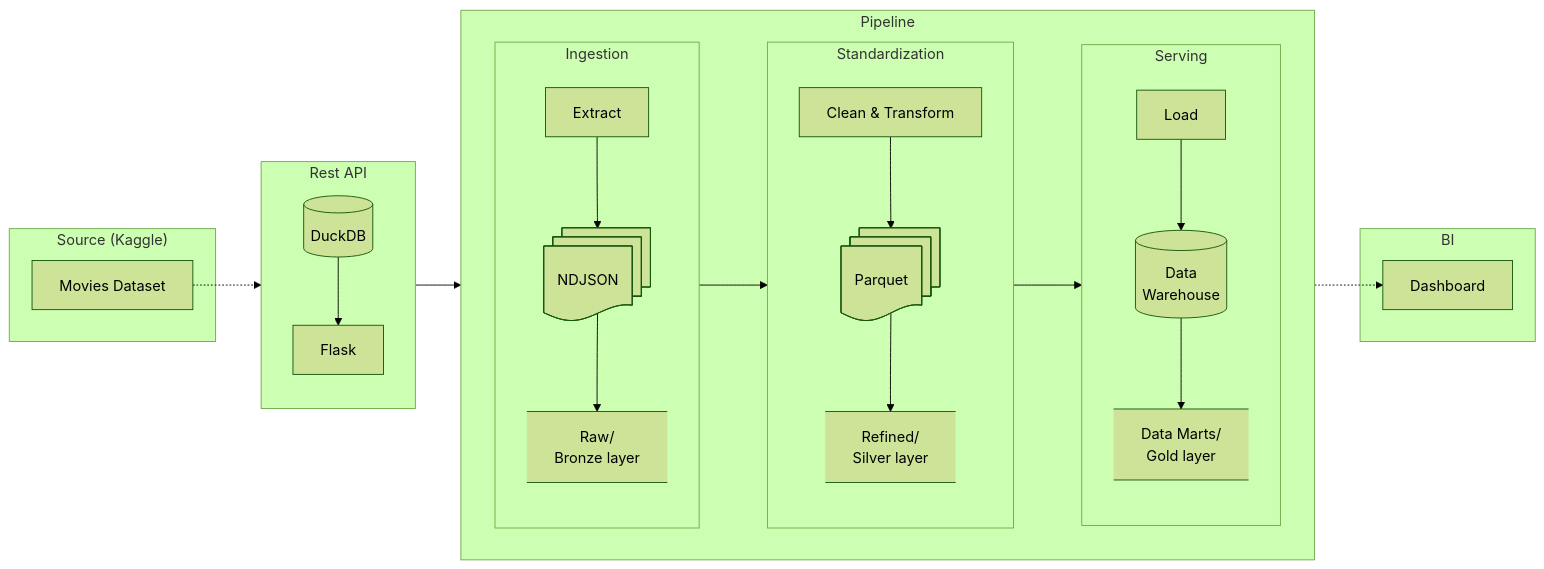
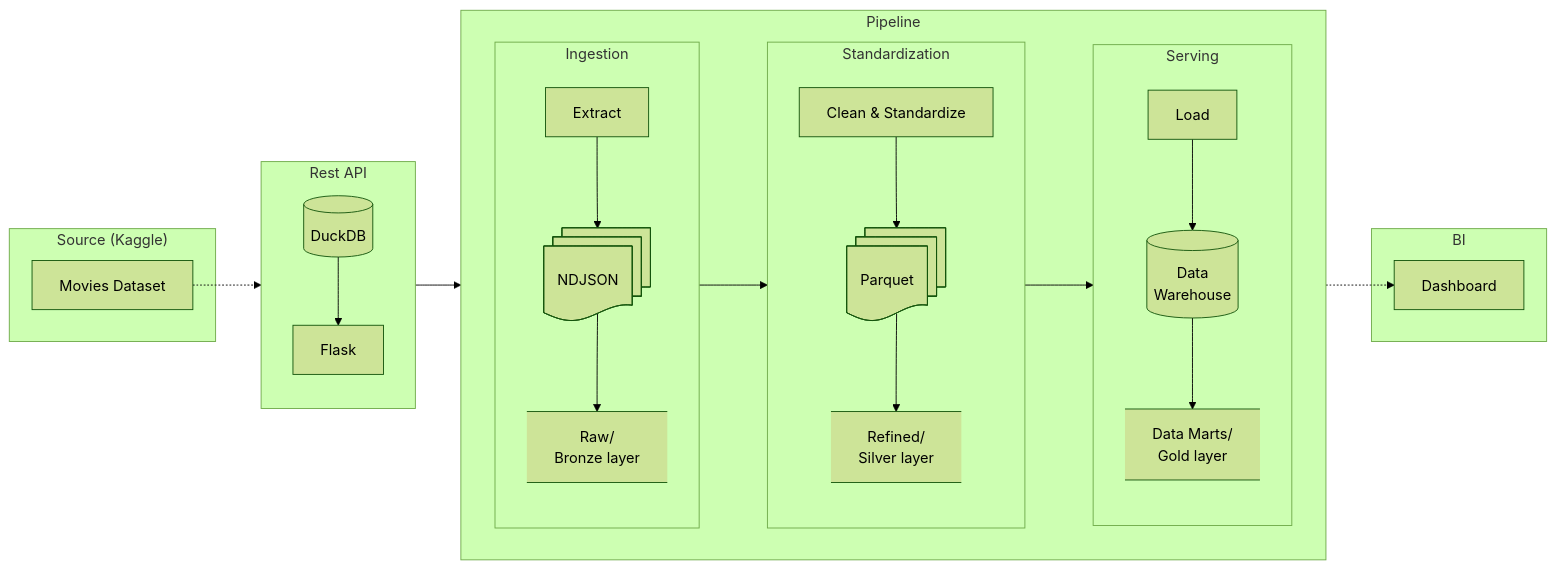
One commit to QuentinElGuay/portfolio-movies-etl changed the diagram in README.md. Above: the diagram before and after it, drawn with Mermaid (forest theme).

````diff
--- a/README.md
+++ b/README.md
@@ -46,58 +46,58 @@
 ```mermaid
 flowchart LR
     subgraph "Source (Kaggle)"
         KAGGLE[Movies Dataset]
     end
 
     subgraph Rest API
         direction TB
         DUCKDB[(DuckDB)]
         API[Flask]
     end
 
     subgraph Pipeline
         direction LR
 
         subgraph Ingestion
             direction TB
             EXTRACT["Extract"]
             NDJSON@{ shape: docs, label: "NDJSON" }
             BRONZE@{shape: datastore, label: "Raw/
             Bronze layer"}
         end
 
         subgraph Standardization
             direction TB
-            CLEAN["Clean & Transform"]
+            CLEAN["Clean & Standardize"]
             PARQUET@{ shape: docs, label: "Parquet" }
             SILVER@{shape: datastore, label: "Refined/
             Silver layer"}
         end
 
         subgraph Serving
             direction TB
             LOAD["Load"]
             DW[(Data
             Warehouse)]
             GOLD@{shape: datastore, label: "Data Marts/
             Gold layer"}
         end
     end
 
     subgraph BI
         DASHBOARD[Dashboard]
     end
 
     KAGGLE -.-> DUCKDB
     DUCKDB --> API
     API --> EXTRACT
     EXTRACT --> NDJSON
     NDJSON --> BRONZE
     BRONZE --> CLEAN
     CLEAN --> PARQUET
     PARQUET --> SILVER
     SILVER --> LOAD
     LOAD --> DW
     DW --> GOLD
     GOLD -.-> DASHBOARD
 ```
````
